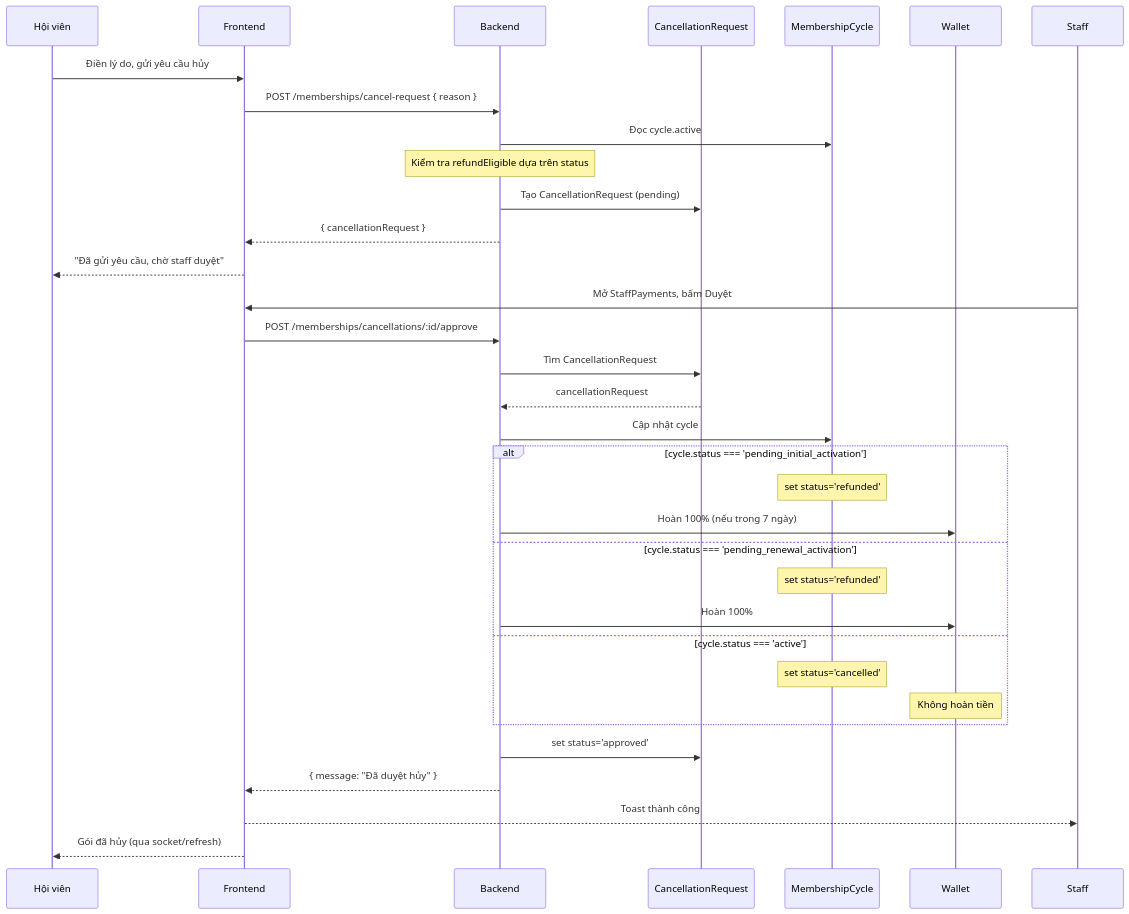
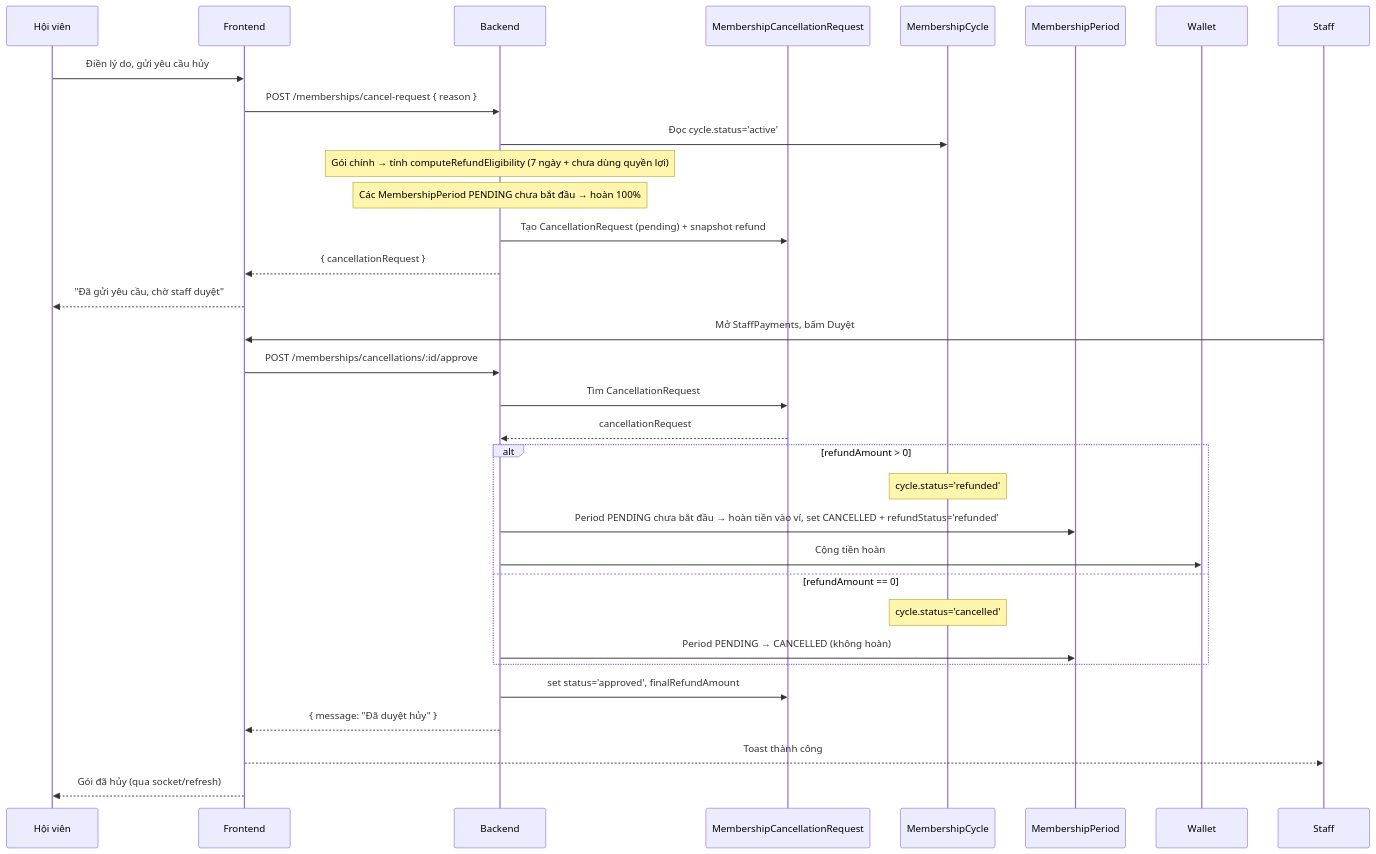
Before and after one commit to quyen-dx/gymsystem: the ninth of 9 diagrams in docs/MEMBERSHIP_SYSTEM_ARCHITECTURE.md, drawn with Mermaid. The commit also changed other lines of this file and 148 other files, not shown here.

````diff
--- a/docs/MEMBERSHIP_SYSTEM_ARCHITECTURE.md
+++ b/docs/MEMBERSHIP_SYSTEM_ARCHITECTURE.md
@@ -334,43 +326,42 @@
 ```mermaid
 sequenceDiagram
     participant Member as Hội viên
     participant FE as Frontend
     participant BE as Backend
-    participant CR as CancellationRequest
+    participant CR as MembershipCancellationRequest
     participant MC as MembershipCycle
+    participant MP as MembershipPeriod
     participant Wallet as Wallet
     participant Staff as Staff
 
     Member->>FE: Điền lý do, gửi yêu cầu hủy
     FE->>BE: POST /memberships/cancel-request { reason }
-    
-    BE->>MC: Đọc cycle.active
-    Note over BE: Kiểm tra refundEligible dựa trên status
-    BE->>CR: Tạo CancellationRequest (pending)
+
+    BE->>MC: Đọc cycle.status='active'
+    Note over BE: Gói chính → tính computeRefundEligibility (7 ngày + chưa dùng quyền lợi)
+    Note over BE: Các MembershipPeriod PENDING chưa bắt đầu → hoàn 100%
+    BE->>CR: Tạo CancellationRequest (pending) + snapshot refund
 
     BE-->>FE: { cancellationRequest }
     FE-->>Member: "Đã gửi yêu cầu, chờ staff duyệt"
 
     Staff->>FE: Mở StaffPayments, bấm Duyệt
     FE->>BE: POST /memberships/cancellations/:id/approve
 
     BE->>CR: Tìm CancellationRequest
     CR-->>BE: cancellationRequest
 
-    BE->>MC: Cập nhật cycle
-    alt cycle.status === 'pending_initial_activation'
-        Note over MC: set status='refunded'
-        BE->>Wallet: Hoàn 100% (nếu trong 7 ngày)
-    else cycle.status === 'pending_renewal_activation'
-        Note over MC: set status='refunded'
-        BE->>Wallet: Hoàn 100%
-    else cycle.status === 'active'
-        Note over MC: set status='cancelled'
-        Note over Wallet: Không hoàn tiền
+    alt refundAmount > 0
+        Note over MC: cycle.status='refunded'
+        BE->>MP: Period PENDING chưa bắt đầu → hoàn tiền vào ví, set CANCELLED + refundStatus='refunded'
+        BE->>Wallet: Cộng tiền hoàn
+    else refundAmount == 0
+        Note over MC: cycle.status='cancelled'
+        BE->>MP: Period PENDING → CANCELLED (không hoàn)
     end
 
-    BE->>CR: set status='approved'
+    BE->>CR: set status='approved', finalRefundAmount
     BE-->>FE: { message: "Đã duyệt hủy" }
     FE-->>Staff: Toast thành công
     FE-->>Member: Gói đã hủy (qua socket/refresh)
 ```
````
